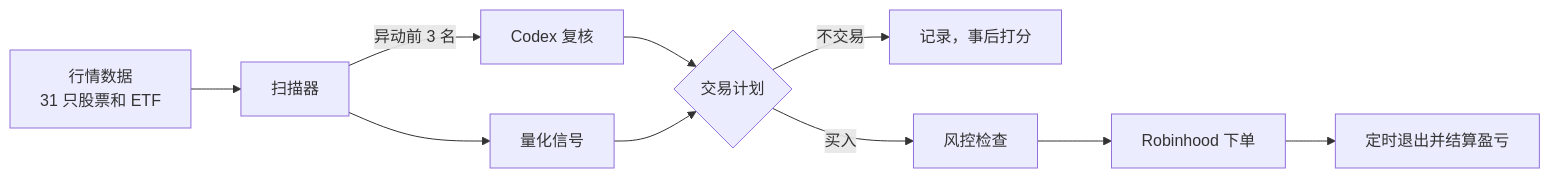
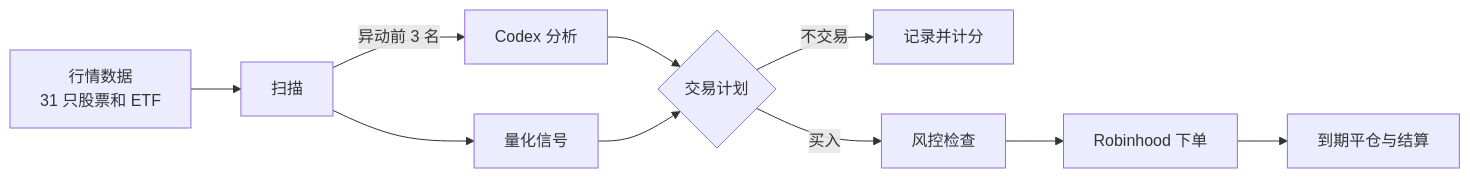
The diagram in README.zh-CN.md (danielye0010/TradeAgent), drawn with Mermaid before and after one commit. The commit also changed other lines of this file and 22 other files, not shown here.

````diff
--- a/README.zh-CN.md
+++ b/README.zh-CN.md
@@ -26,12 +27,12 @@
 ```mermaid
 flowchart LR
-    A[行情数据<br/>31 只股票和 ETF] --> B[扫描器]
-    B -->|异动前 3 名| C[Codex 复核]
+    A[行情数据<br/>31 只股票和 ETF] --> B[扫描]
+    B -->|异动前 3 名| C[Codex 分析]
     B --> D[量化信号]
     C --> E{交易计划}
     D --> E
-    E -->|不交易| F[记录，事后打分]
+    E -->|不交易| F[记录并计分]
     E -->|买入| G[风控检查]
     G --> H[Robinhood 下单]
-    H --> I[定时退出并结算盈亏]
+    H --> I[到期平仓与结算]
 ```
````
